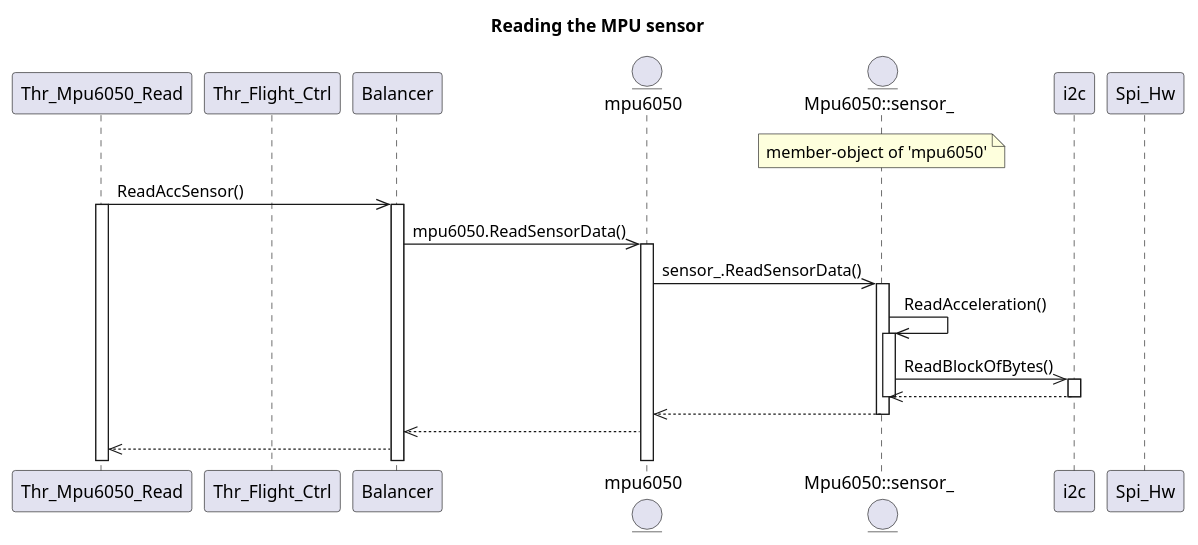
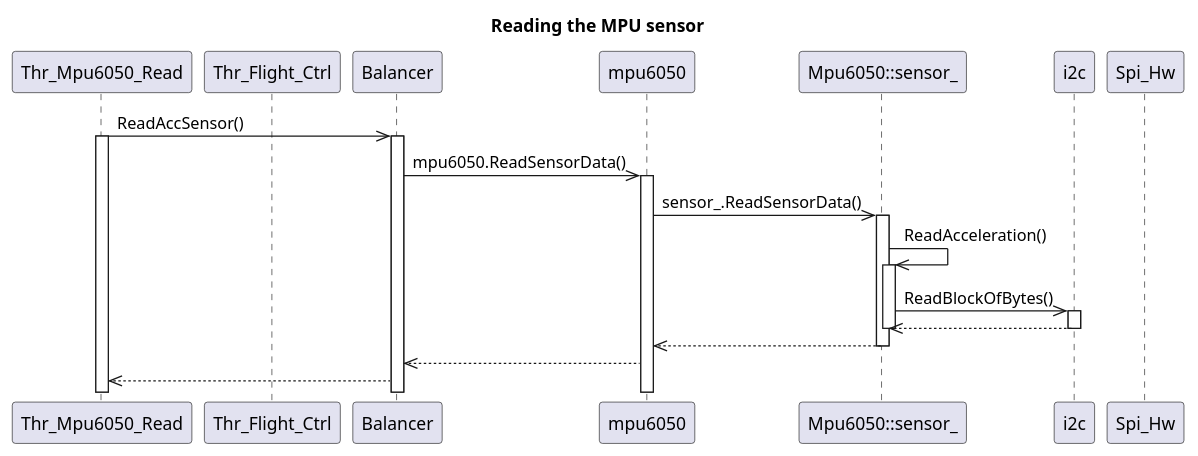
Before and after one commit to inpgbburda/FlyMatic: the diagram in docs/software-design/main_unit.md, drawn with PlantUML.

Commit message:
Simplify the diagram to avoid deploy crash in dark theme

````diff
--- a/docs/software-design/main_unit.md
+++ b/docs/software-design/main_unit.md
@@ -20,38 +20,36 @@
 ```puml
 @startuml
 title Reading the MPU sensor
 
 participant "Thr_Mpu6050_Read"  as Thr_Mpu6050_Read
 participant "Thr_Flight_Ctrl"   as Thr_Flight_Ctrl
 participant "Balancer"          as Balancer
-entity       "mpu6050"          as mpu6050
-entity       "Mpu6050::sensor_" as Mpu6050_sensor_
+participant "mpu6050"          as mpu6050
+participant "Mpu6050::sensor_" as Mpu6050_sensor_
 participant "i2c"               as i2c
 participant "Spi_Hw"            as Spi_Hw
-
-note over Mpu6050_sensor_: member-object of 'mpu6050'
 
 Thr_Mpu6050_Read ->> Balancer : ReadAccSensor()
 activate Thr_Mpu6050_Read
 activate Balancer
 
 Balancer ->> mpu6050: mpu6050.ReadSensorData()
 activate mpu6050
 mpu6050 ->> Mpu6050_sensor_:         sensor_.ReadSensorData()
 activate Mpu6050_sensor_
 Mpu6050_sensor_ ->> Mpu6050_sensor_: ReadAcceleration()
 activate Mpu6050_sensor_
 Mpu6050_sensor_ ->> i2c:             ReadBlockOfBytes()
 activate i2c
 
 i2c -->> Mpu6050_sensor_
 deactivate Mpu6050_sensor_
 deactivate i2c
 Mpu6050_sensor_ -->> mpu6050
 deactivate Mpu6050_sensor_
 
 mpu6050 -->> Balancer
 Balancer -->> Thr_Mpu6050_Read:
 
 @enduml
 ```
````
